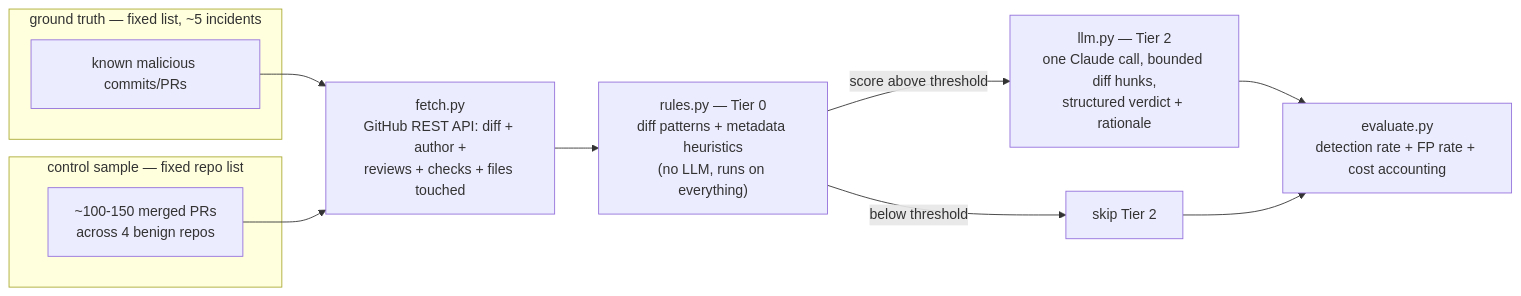
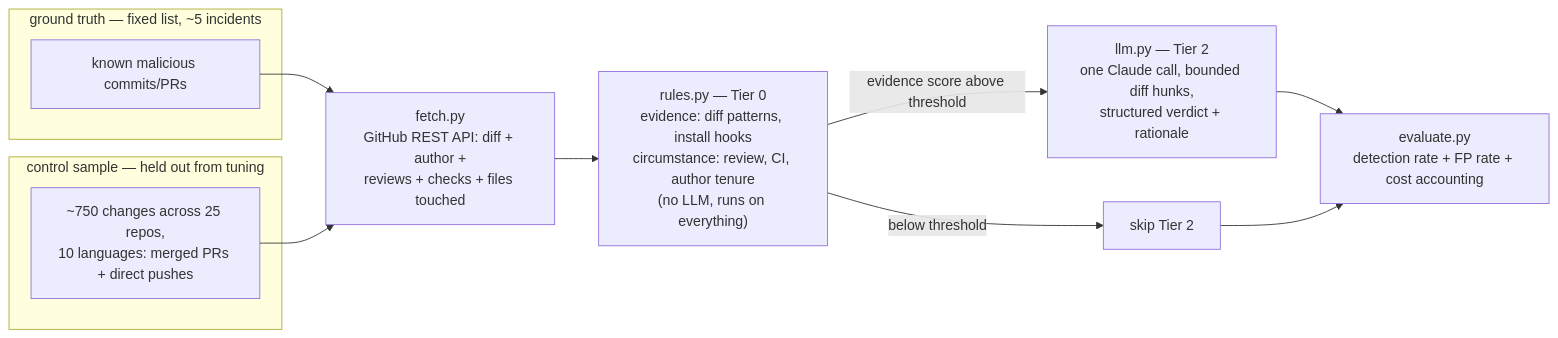
Before and after one commit to TheStair/kitsunox: the diagram in docs/Plan.md, drawn with Mermaid. The commit also changed other lines of this file, not shown here.

````diff
--- a/docs/Plan.md
+++ b/docs/Plan.md
@@ -37,15 +41,15 @@
 ```mermaid
 flowchart LR
     subgraph Ground["ground truth — fixed list, ~5 incidents"]
         INC["known malicious commits/PRs"]
     end
-    subgraph Control["control sample — fixed repo list"]
-        CTL["~100-150 merged PRs<br/>across 4 benign repos"]
+    subgraph Control["control sample — held out from tuning"]
+        CTL["~750 changes across 25 repos,<br/>10 languages: merged PRs + direct pushes"]
     end
 
     INC & CTL --> FETCH["fetch.py<br/>GitHub REST API: diff + author +<br/>reviews + checks + files touched"]
-    FETCH --> T0["rules.py — Tier 0<br/>diff patterns + metadata heuristics<br/>(no LLM, runs on everything)"]
-    T0 -->|score above threshold| T2["llm.py — Tier 2<br/>one Claude call, bounded diff hunks,<br/>structured verdict + rationale"]
+    FETCH --> T0["rules.py — Tier 0<br/>evidence: diff patterns, install hooks<br/>circumstance: review, CI, author tenure<br/>(no LLM, runs on everything)"]
+    T0 -->|evidence score above threshold| T2["llm.py — Tier 2<br/>one Claude call, bounded diff hunks,<br/>structured verdict + rationale"]
     T0 -->|below threshold| SKIP["skip Tier 2"]
     T2 & SKIP --> REPORT["evaluate.py<br/>detection rate + FP rate + cost accounting"]
 ```
````
